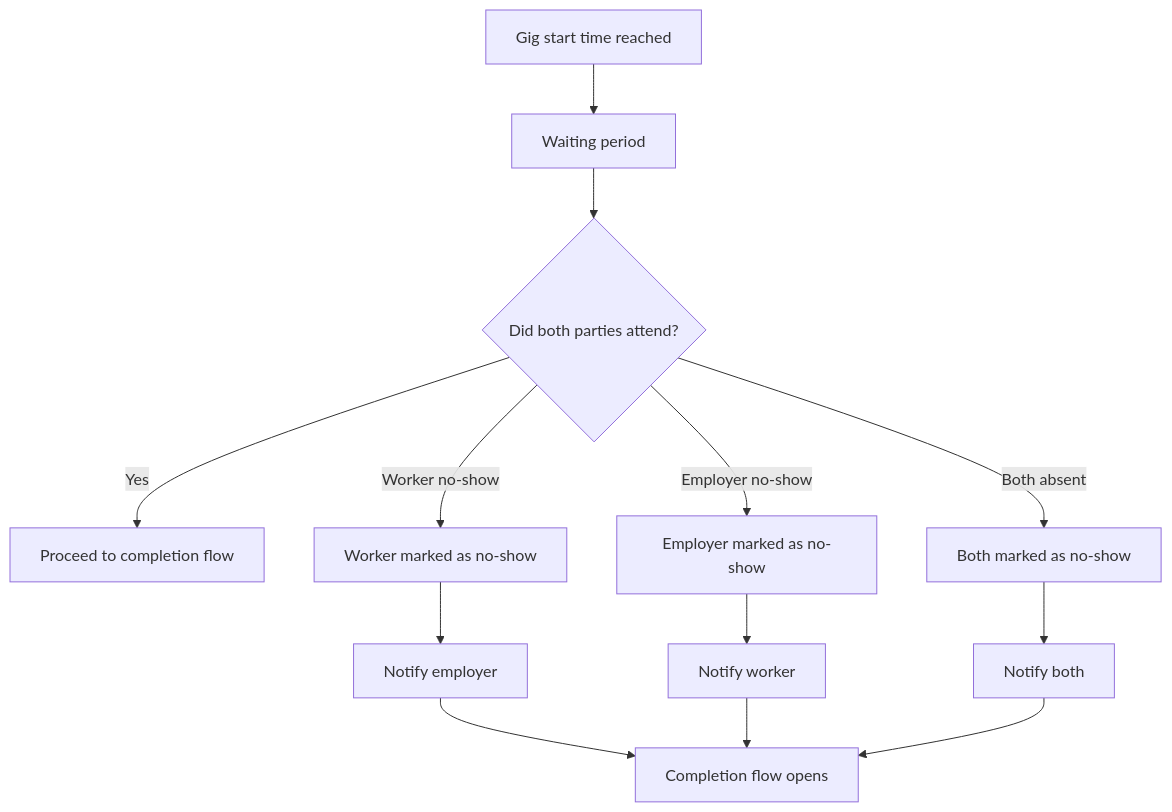
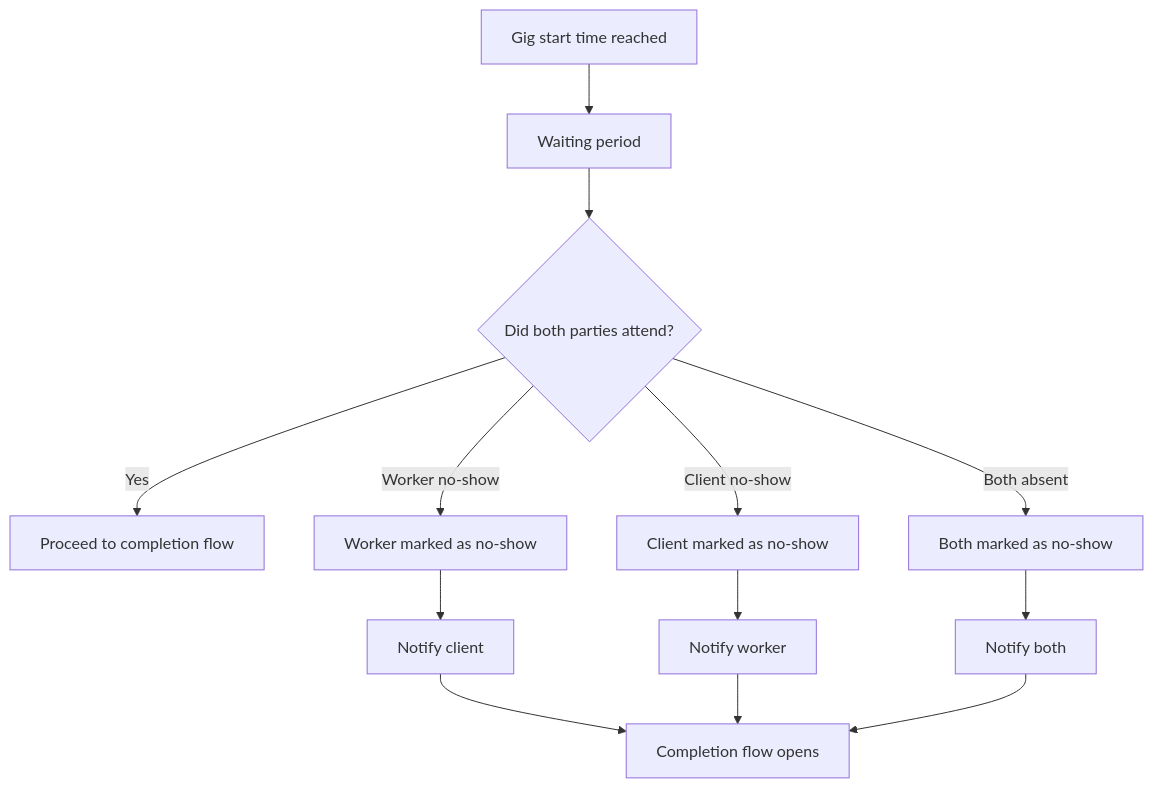
One commit to janiluuk/giggi changed the diagram in docs/journeys/no-show-flow.md. Above: the diagram before and after it, drawn with Mermaid. The commit also changed other lines of this file and 13 other files, not shown here.

````diff
--- a/docs/journeys/no-show-flow.md
+++ b/docs/journeys/no-show-flow.md
@@ -5,19 +5,19 @@
 ```mermaid
 flowchart TD
     A[Gig start time reached] --> B[Waiting period]
 
     B --> C{Did both parties attend?}
 
     C -->|Yes| D[Proceed to completion flow]
     C -->|Worker no-show| E[Worker marked as no-show]
-    C -->|Employer no-show| F[Employer marked as no-show]
+    C -->|Client no-show| F[Client marked as no-show]
     C -->|Both absent| G[Both marked as no-show]
 
-    E --> H[Notify employer]
+    E --> H[Notify client]
     F --> I[Notify worker]
     G --> J[Notify both]
 
     H --> K[Completion flow opens]
     I --> K
     J --> K
 ```
````
